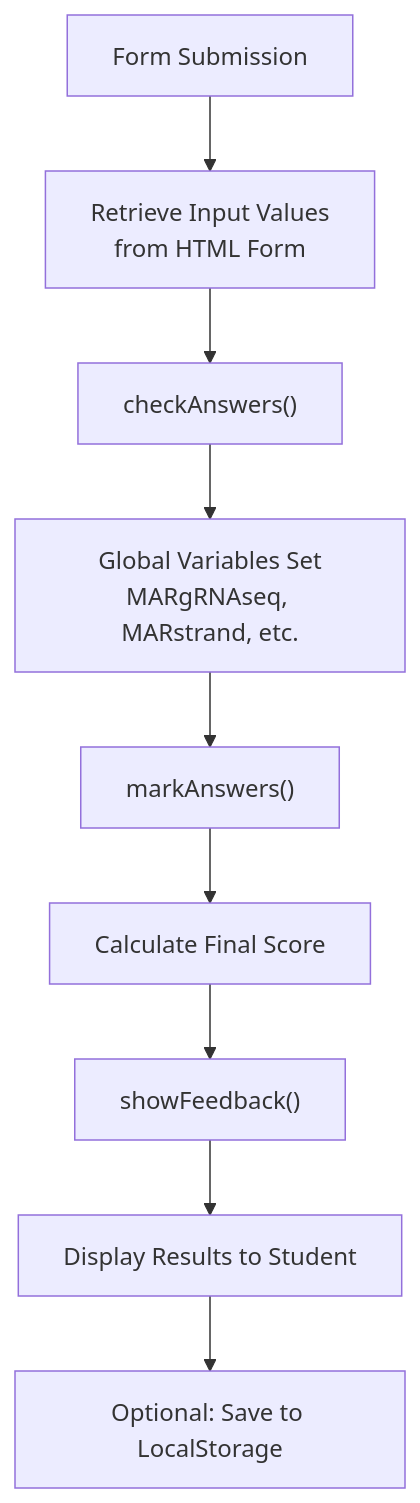
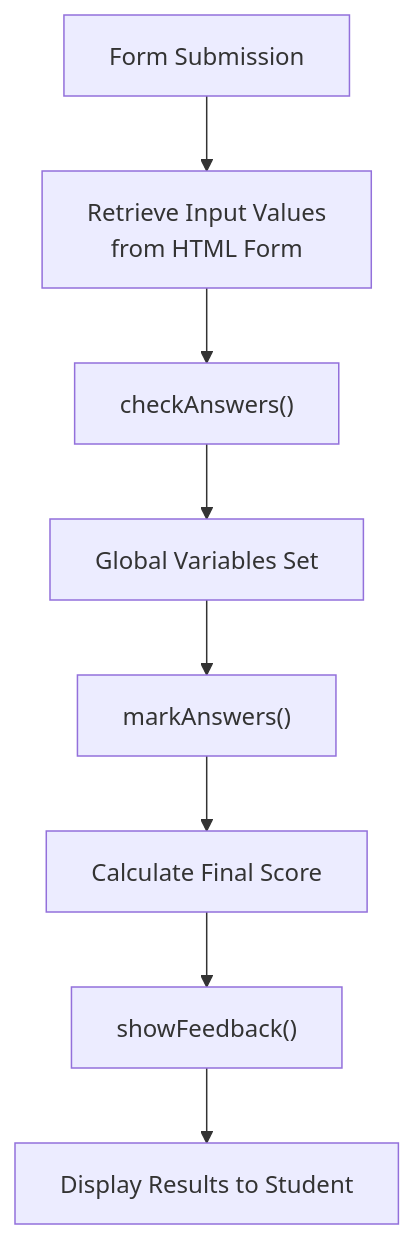
Before and after one commit to AlexJSully/SciGrade: the diagram in docs/guides/data-structures.md, drawn with Mermaid. The commit also changed other lines of this file and 15 other files, not shown here.

````diff
--- a/docs/guides/data-structures.md
+++ b/docs/guides/data-structures.md
@@ -255,11 +231,10 @@
 ```mermaid
 graph TD
     A[Form Submission] --> B["Retrieve Input Values<br/>from HTML Form"]
     B --> C["checkAnswers()"]
-    C --> D["Global Variables Set<br/>MARgRNAseq, MARstrand, etc."]
-    D --> E["markAnswers()"]
-    E --> F["Calculate Final Score"]
-    F --> G["showFeedback()"]
-    G --> H["Display Results to Student"]
-    H --> I["Optional: Save to LocalStorage"]
+ C --> D["Global Variables Set"]
+ D --> E["markAnswers()"]
+ E --> F["Calculate Final Score"]
+ F --> G["showFeedback()"]
+ G --> H["Display Results to Student"]
 ```
````
